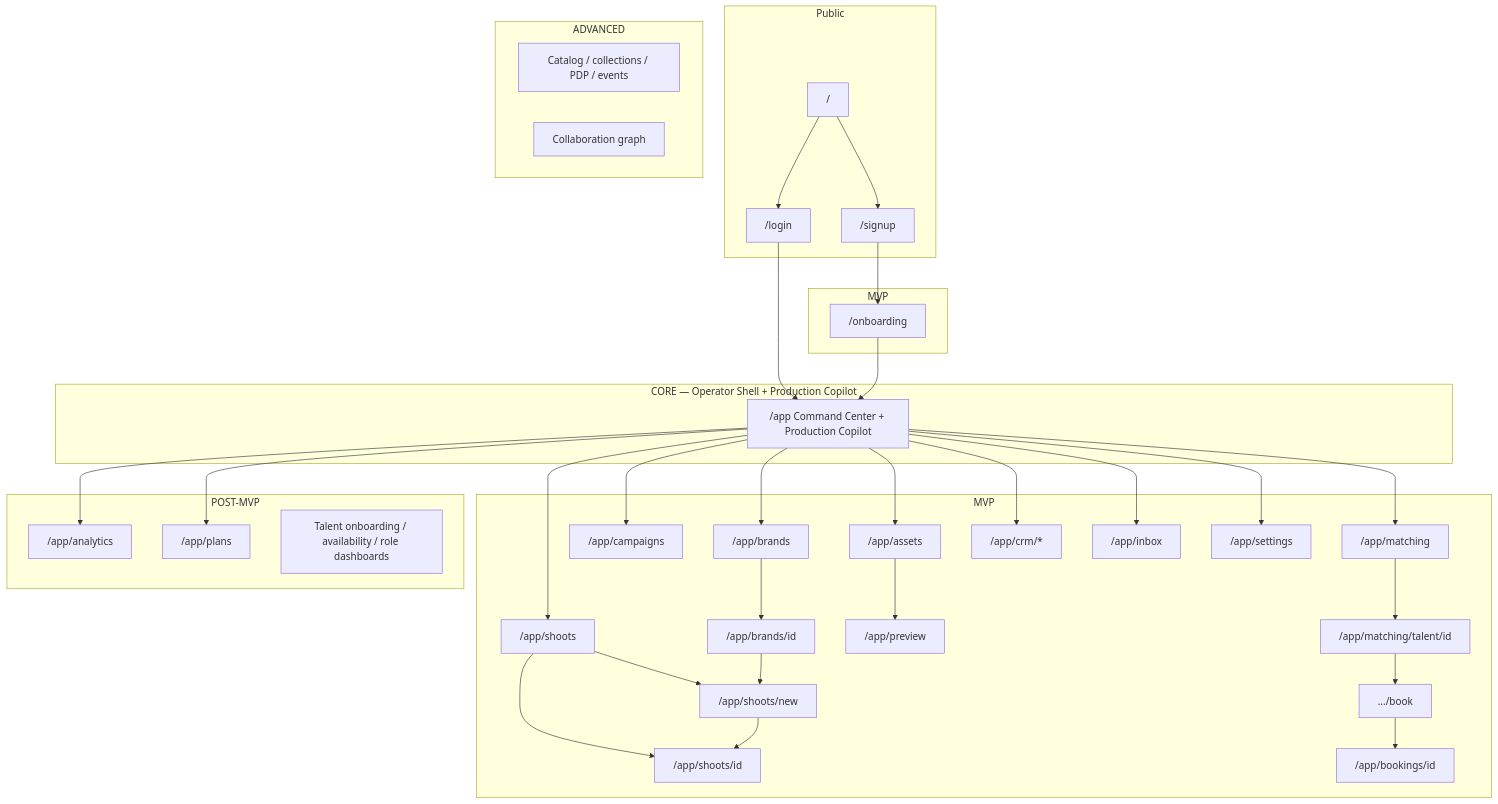
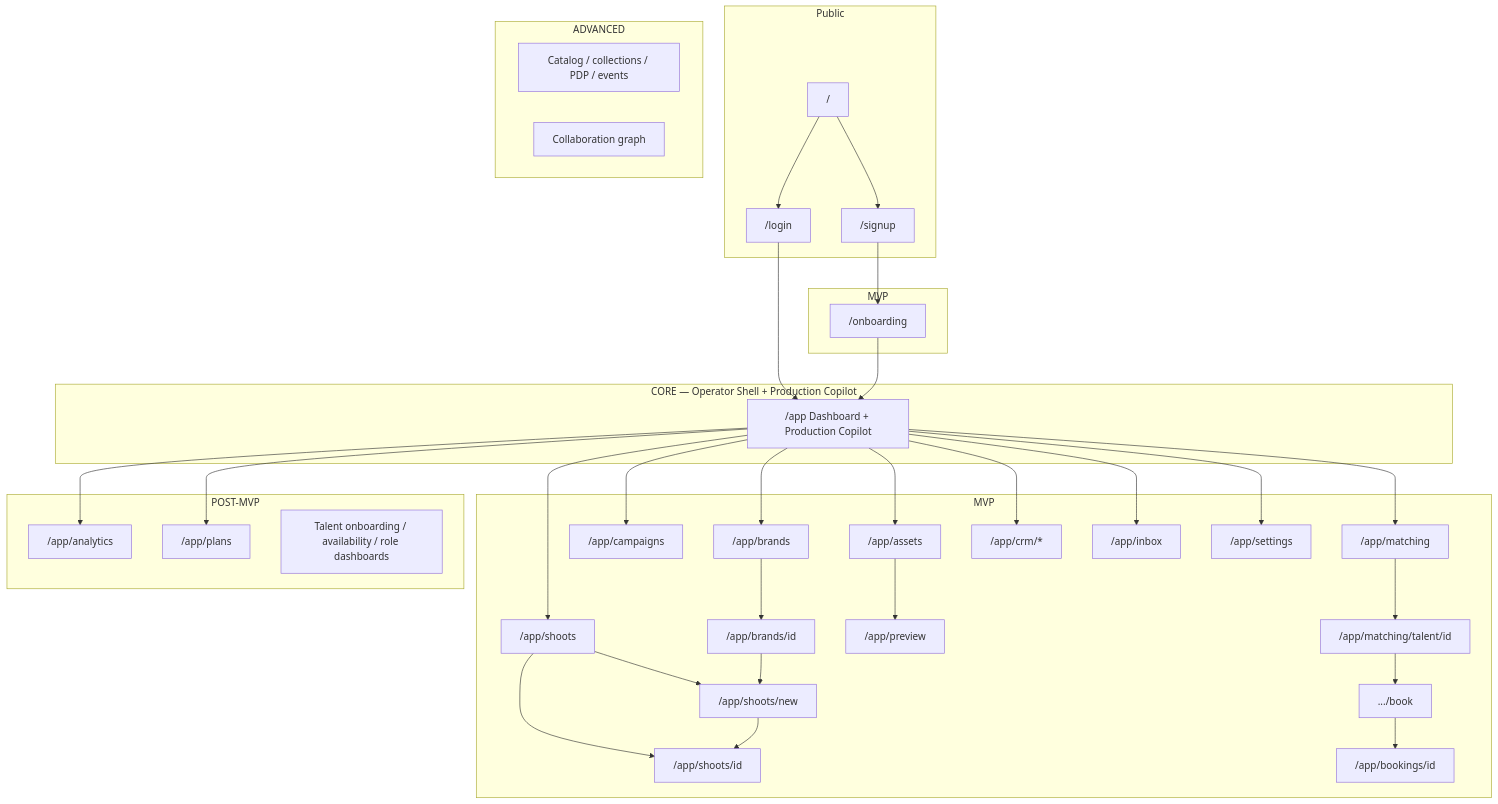
The diagram in docs/sitemap.md (amoai-tech/ipixai), drawn with Mermaid before and after one commit. The commit also changed other lines of this file, not shown here.

````diff
--- a/docs/sitemap.md
+++ b/docs/sitemap.md
@@ -114,62 +114,62 @@
 ```mermaid
 flowchart TD
   subgraph public [Public]
     Home["/"]
     Login["/login"]
     Signup["/signup"]
     Home --> Login
     Home --> Signup
   end
 
   subgraph core [CORE — Operator Shell + Production Copilot]
-    CC["/app Command Center + Production Copilot"]
+    CC["/app Dashboard + Production Copilot"]
     Login --> CC
   end
 
   subgraph mvpOnb [MVP]
     Onboard["/onboarding"]
     Signup --> Onboard
     Onboard --> CC
   end
 
   subgraph mvp [MVP]
     Brand["/app/brands"]
     BrandD["/app/brands/id"]
     Shoots["/app/shoots"]
     ShootN["/app/shoots/new"]
     ShootD["/app/shoots/id"]
     Camp["/app/campaigns"]
     Assets["/app/assets"]
     Prev["/app/preview"]
     Match["/app/matching"]
     Talent["/app/matching/talent/id"]
     BookW[".../book"]
     BookD["/app/bookings/id"]
     CRM["/app/crm/*"]
     Inbox["/app/inbox"]
     Settings["/app/settings"]
     CC --> Brand --> BrandD
     CC --> Shoots --> ShootD
     Shoots --> ShootN --> ShootD
     BrandD --> ShootN
     CC --> Camp
     CC --> Assets --> Prev
     CC --> Match --> Talent --> BookW --> BookD
     CC --> CRM
     CC --> Inbox
     CC --> Settings
   end
 
   subgraph post [POST-MVP]
     Analytics["/app/analytics"]
     Plans["/app/plans"]
     TOnb["Talent onboarding / availability / role dashboards"]
     CC --> Analytics
     CC --> Plans
   end
 
   subgraph adv [ADVANCED]
     Cat["Catalog / collections / PDP / events"]
     Collab["Collaboration graph"]
   end
 ```
````
